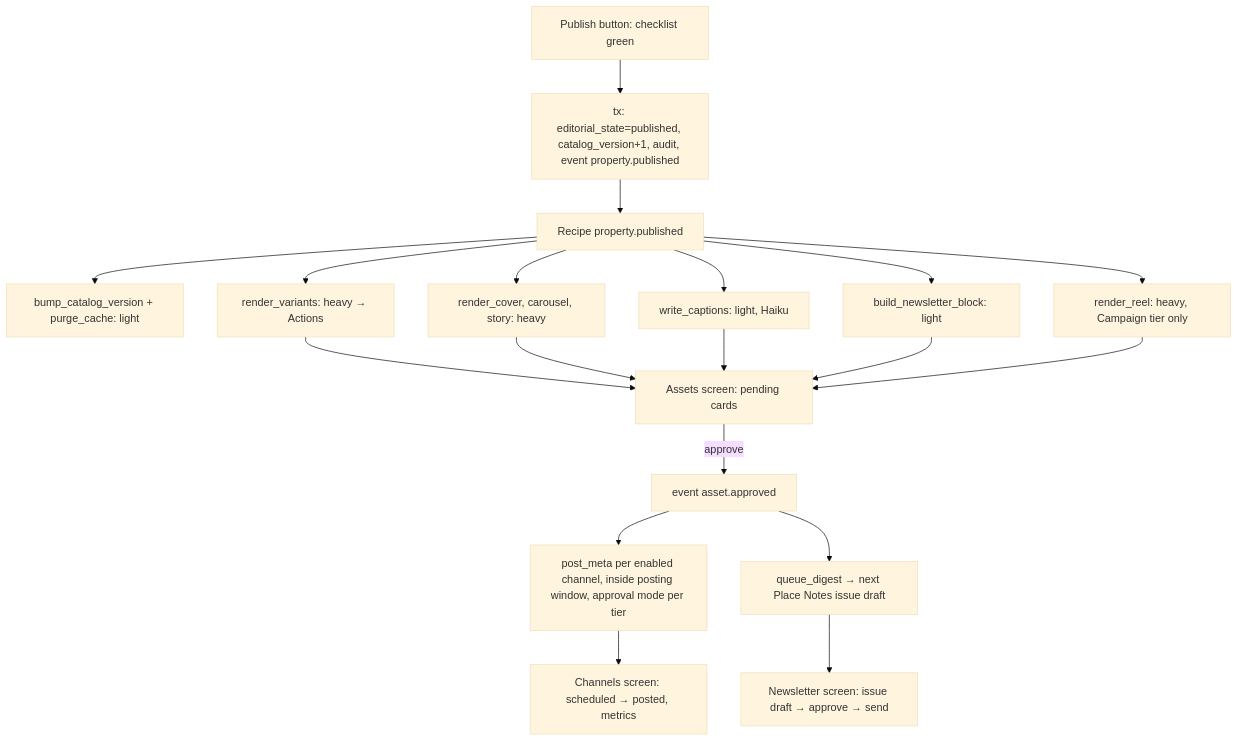
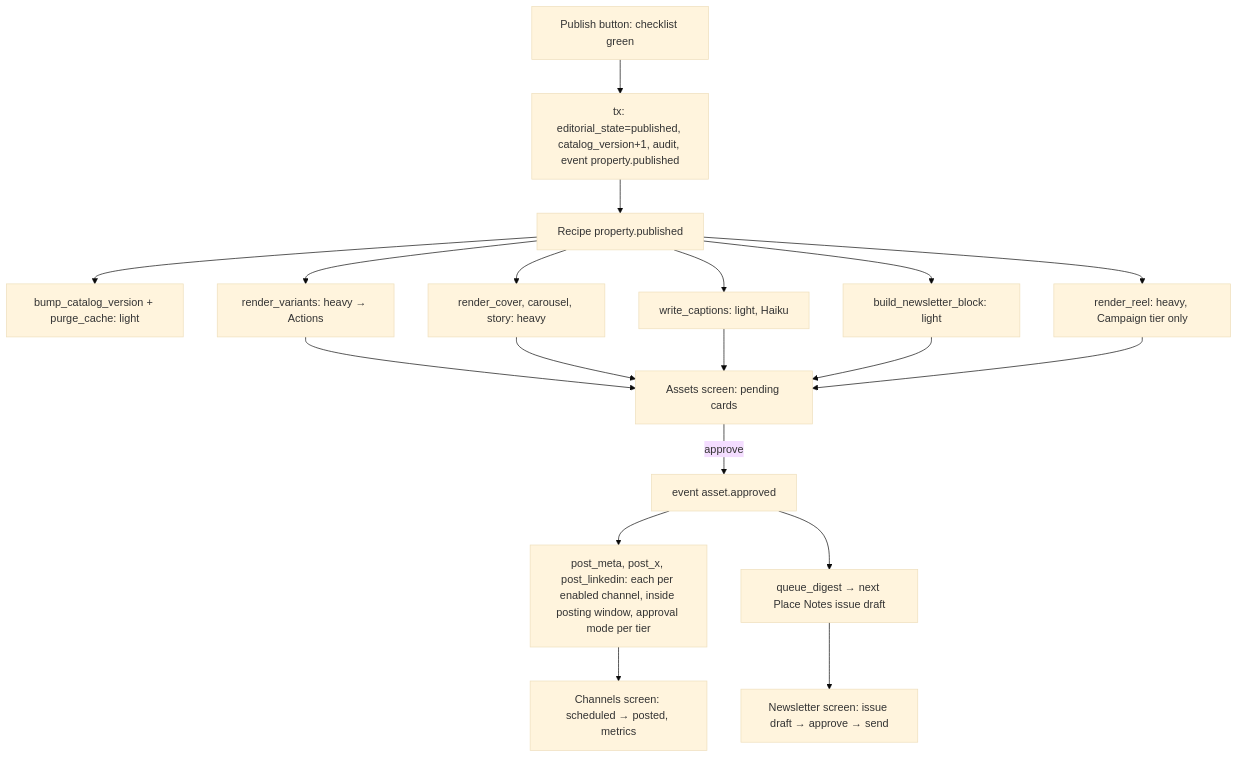
One commit to AbdulrahmanAmer/matter-of-place changed the third of 3 diagrams in workspace/03-diagrams/admin-screens.md. Above: the diagram before and after it, drawn with Mermaid (base theme). The commit also changed 45 other files, not shown here.

````diff
--- a/workspace/03-diagrams/admin-screens.md
+++ b/workspace/03-diagrams/admin-screens.md
@@ -77,17 +77,17 @@
 ```mermaid
 flowchart TB
   PUB[Publish button: checklist green] --> TX[tx: editorial_state=published, catalog_version+1, audit, event property.published]
   TX --> REC[Recipe property.published]
   REC --> J1[bump_catalog_version + purge_cache: light]
   REC --> J2[render_variants: heavy → Actions]
   REC --> J3[render_cover, carousel, story: heavy]
   REC --> J4[write_captions: light, Haiku]
   REC --> J5[build_newsletter_block: light]
   REC --> J6[render_reel: heavy, Campaign tier only]
   J2 & J3 & J4 & J5 & J6 --> AS[Assets screen: pending cards]
   AS -->|approve| EV2[event asset.approved]
-  EV2 --> PM[post_meta per enabled channel, inside posting window, approval mode per tier]
+  EV2 --> PM[post_meta, post_x, post_linkedin: each per enabled channel, inside posting window, approval mode per tier]
   EV2 --> QD[queue_digest → next Place Notes issue draft]
   PM --> CH[Channels screen: scheduled → posted, metrics]
   QD --> NL[Newsletter screen: issue draft → approve → send]
 ```
````
